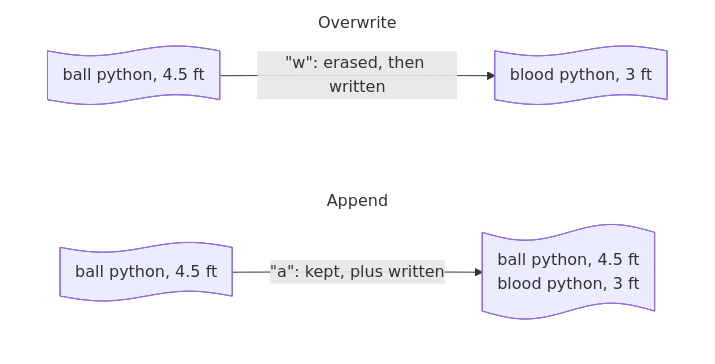
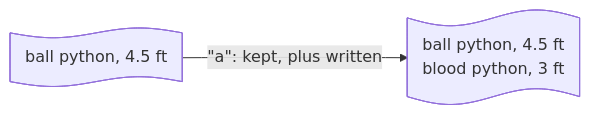
Before and after one commit to luka-sherman/python-field-guide: the third of 3 diagrams in docs/files.md, drawn with Mermaid. The commit also changed other lines of this file and 2 other files, not shown here.

````diff
--- a/docs/files.md
+++ b/docs/files.md
@@ -167,18 +294,4 @@
 ```mermaid
-flowchart TB
-
-subgraph modeW["Overwrite"]
-direction LR
-w1@{ shape: paper-tape, label: "ball python, 4.5 ft" } -->|&quot;w&quot;: erased, then written| w2@{ shape: paper-tape, label: "blood python, 3 ft" }
-end
-
-subgraph modeA["Append"]
-direction LR
+flowchart LR
 a1@{ shape: paper-tape, label: "ball python, 4.5 ft" } -->|&quot;a&quot;: kept, plus written| a2@{ shape: paper-tape, label: "ball python, 4.5 ft<br/>blood python, 3 ft" }
-end
-
-modeW ~~~ modeA
-
-style modeW fill:none,stroke:none
-style modeA fill:none,stroke:none
 ```
````
